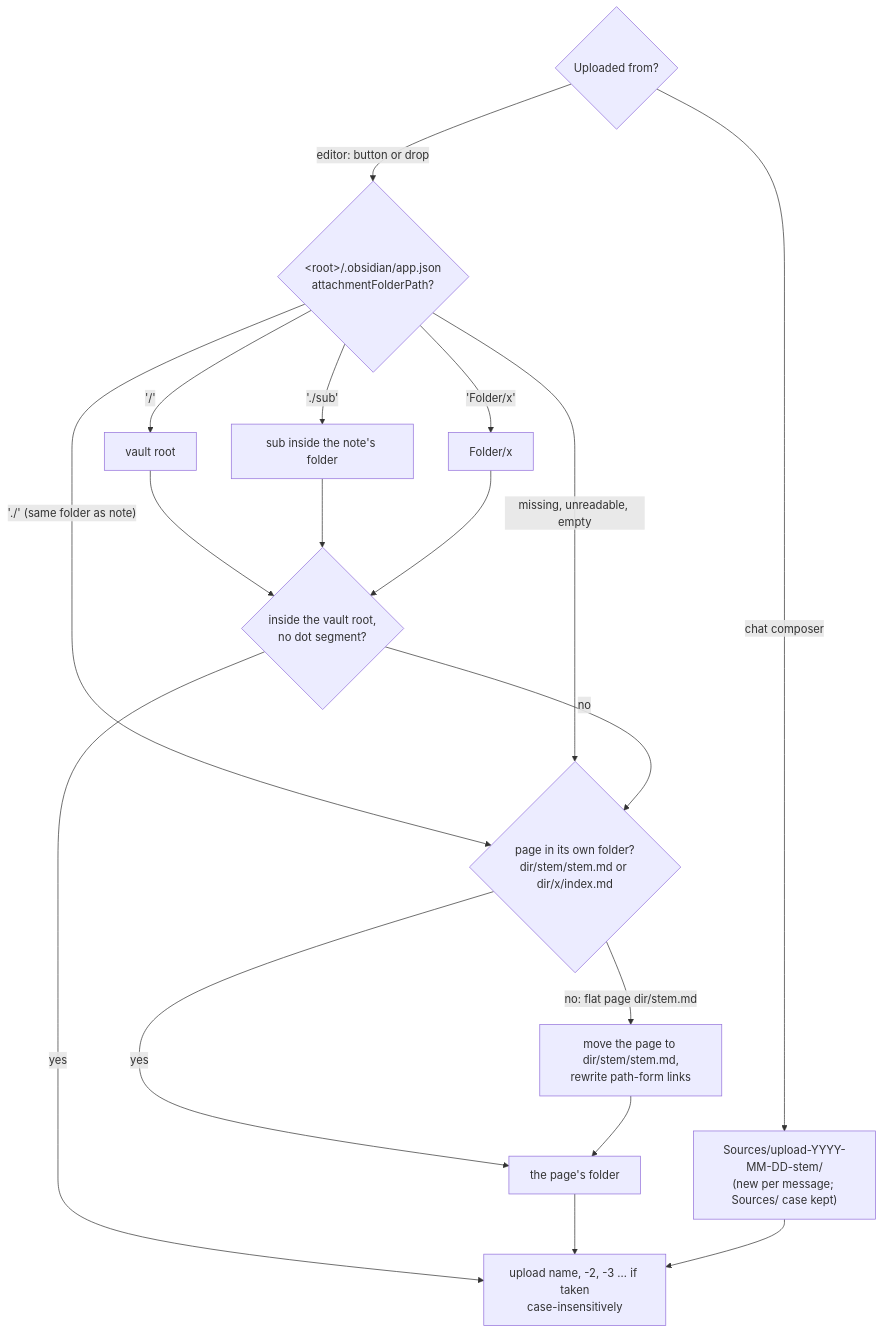
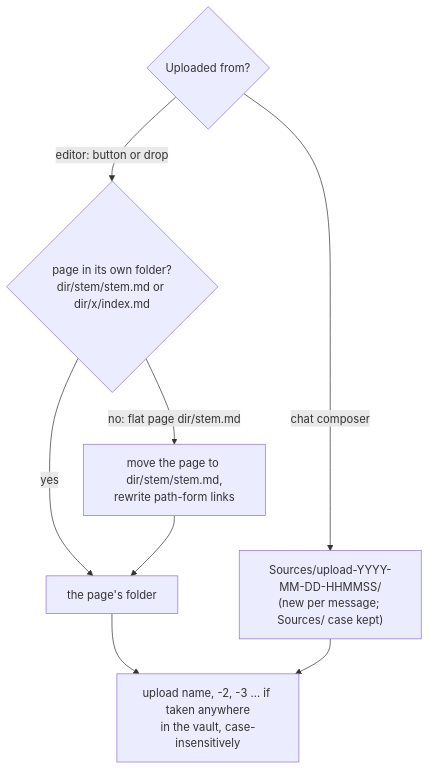
Before and after one commit to tillg/karpathy.app: the first of 4 diagrams in specs/changes/attachments/domain.md, drawn with Mermaid. The commit also changed other lines of this file and 3 other files, not shown here.

````diff
--- a/specs/changes/attachments/domain.md
+++ b/specs/changes/attachments/domain.md
@@ -40,18 +40,10 @@
 ```mermaid
 flowchart TD
     S{Uploaded from?}
-    S -->|chat composer| SF["Sources/upload-YYYY-MM-DD-stem/<br/>(new per message; Sources/ case kept)"]
-    S -->|"editor: button or drop"| A{"&lt;root&gt;/.obsidian/app.json<br/>attachmentFolderPath?"}
-    A -->|"'/'"| R[vault root]
-    A -->|"'./' (same folder as note)"| O
-    A -->|"'./sub'"| NS[sub inside the note's folder]
-    A -->|"'Folder/x'"| F[Folder/x]
-    A -->|missing, unreadable, empty| O{page in its own folder?<br/>dir/stem/stem.md or dir/x/index.md}
+    S -->|chat composer| SF["Sources/upload-YYYY-MM-DD-HHMMSS/<br/>(new per message; Sources/ case kept)"]
+    S -->|"editor: button or drop"| O{page in its own folder?<br/>dir/stem/stem.md or dir/x/index.md}
     O -->|yes| OF[the page's folder]
     O -->|"no: flat page dir/stem.md"| MV[move the page to dir/stem/stem.md,<br/>rewrite path-form links]
     MV --> OF
-    R & NS & F --> CHK{inside the vault root,<br/>no dot segment?}
-    CHK -->|no| O
-    CHK -->|yes| NAME
-    OF & SF --> NAME[upload name, -2, -3 … if taken<br/>case-insensitively]
+    OF & SF --> NAME[upload name, -2, -3 … if taken anywhere<br/>in the vault, case-insensitively]
 ```
````
